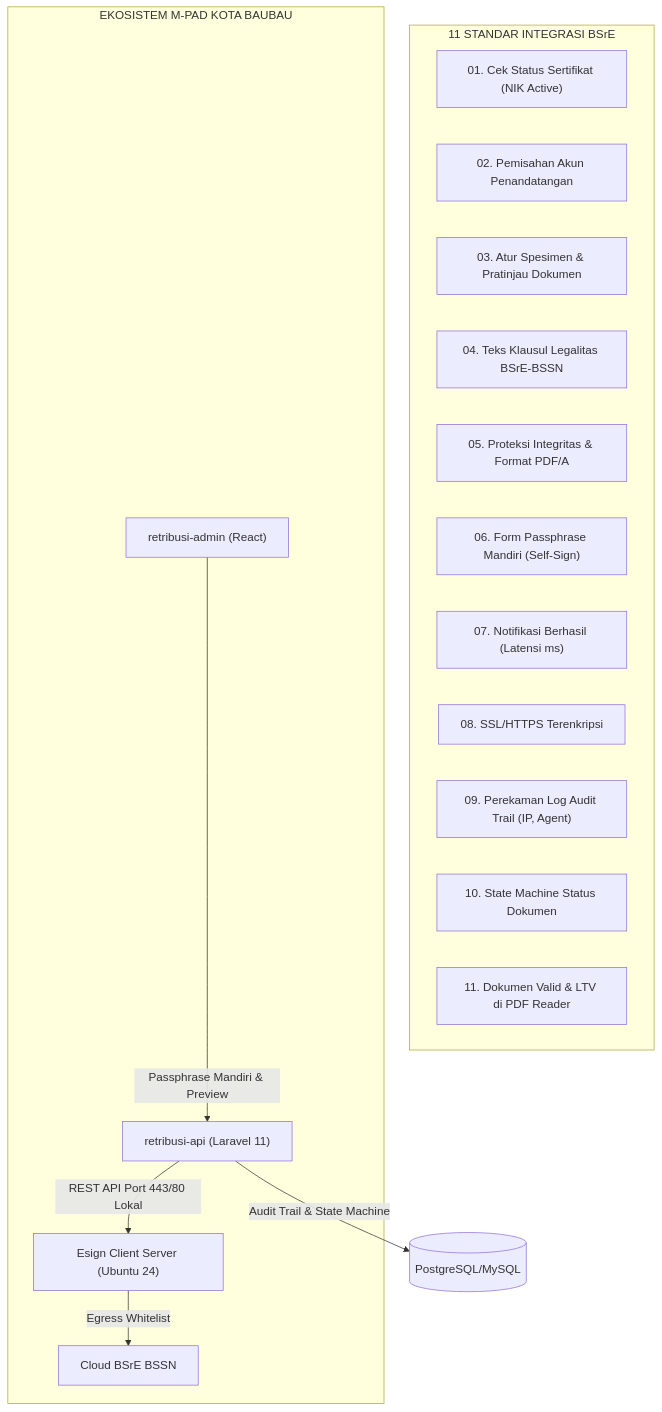
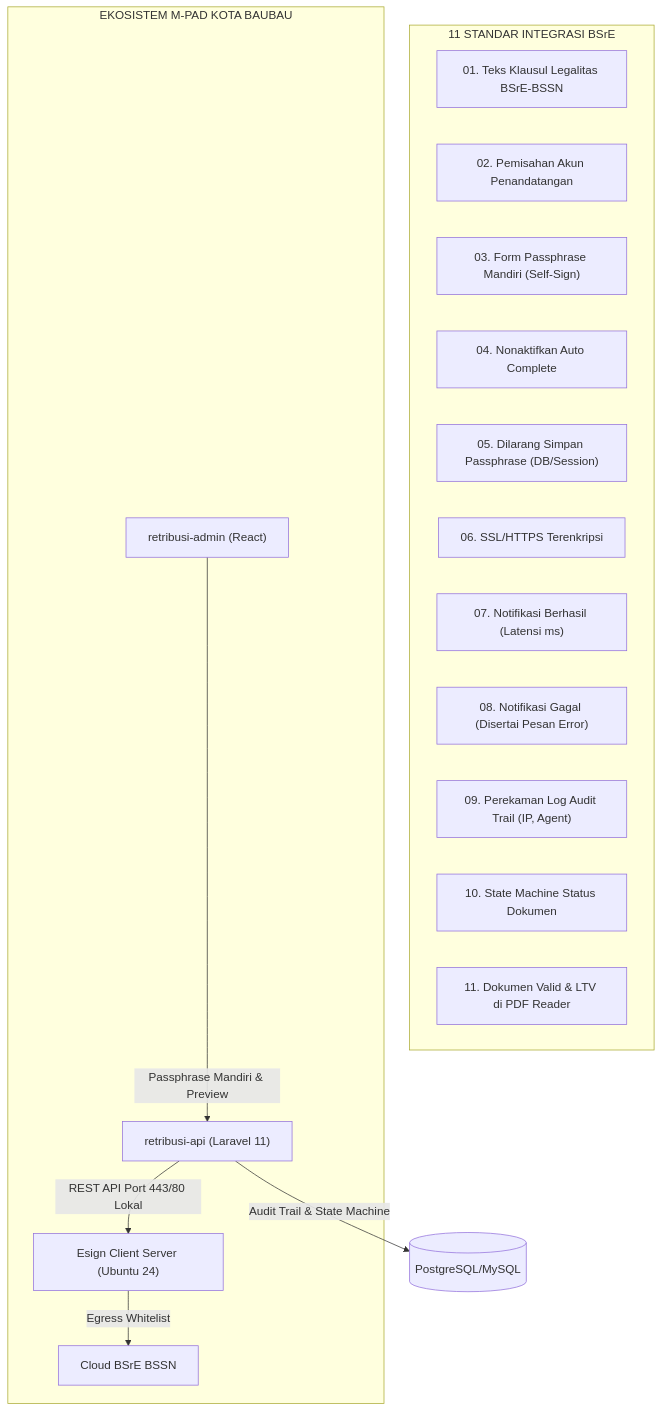
Before and after one commit to arif-rizal1122/retribusi-api: the first of 3 diagrams in docs/10_payment_gateway_h2h/BSRE/STANDAR_11_BSRE_H2H_IMPLEMENTATION_PLAN.md, drawn with Mermaid. The commit also changed other lines of this file and 26 other files, not shown here.

Commit message:
docs(bsre): selaraskan 11 standar kesiapan integrasi BSrE BSSN dan rapihkan slide gambar

````diff
--- a/docs/10_payment_gateway_h2h/BSRE/STANDAR_11_BSRE_H2H_IMPLEMENTATION_PLAN.md
+++ b/docs/10_payment_gateway_h2h/BSRE/STANDAR_11_BSRE_H2H_IMPLEMENTATION_PLAN.md
@@ -33,28 +32,28 @@
 ```mermaid
 flowchart TD
     subgraph STANDAR_BSRE ["11 STANDAR INTEGRASI BSrE"]
-        S01["01. Cek Status Sertifikat (NIK Active)"]
+        S01["01. Teks Klausul Legalitas BSrE-BSSN"]
         S02["02. Pemisahan Akun Penandatangan"]
-        S03["03. Atur Spesimen & Pratinjau Dokumen"]
-        S04["04. Teks Klausul Legalitas BSrE-BSSN"]
-        S05["05. Proteksi Integritas & Format PDF/A"]
-        S06["06. Form Passphrase Mandiri (Self-Sign)"]
+        S03["03. Form Passphrase Mandiri (Self-Sign)"]
+        S04["04. Nonaktifkan Auto Complete"]
+        S05["05. Dilarang Simpan Passphrase (DB/Session)"]
+        S06["06. SSL/HTTPS Terenkripsi"]
         S07["07. Notifikasi Berhasil (Latensi ms)"]
-        S08["08. SSL/HTTPS Terenkripsi"]
+        S08["08. Notifikasi Gagal (Disertai Pesan Error)"]
         S09["09. Perekaman Log Audit Trail (IP, Agent)"]
         S10["10. State Machine Status Dokumen"]
         S11["11. Dokumen Valid & LTV di PDF Reader"]
     end
 
     subgraph MPAD_CORE ["EKOSISTEM M-PAD KOTA BAUBAU"]
         API["retribusi-api (Laravel 11)"]
         ADMIN["retribusi-admin (React)"]
         ESIGN["Esign Client Server (Ubuntu 24)"]
         BSRE_CLOUD["Cloud BSrE BSSN"]
     end
 
     ADMIN -->|Passphrase Mandiri & Preview| API
     API -->|REST API Port 443/80 Lokal| ESIGN
     ESIGN -->|Egress Whitelist| BSRE_CLOUD
     API -->|Audit Trail & State Machine| DB[("PostgreSQL/MySQL")]
 ```
````
